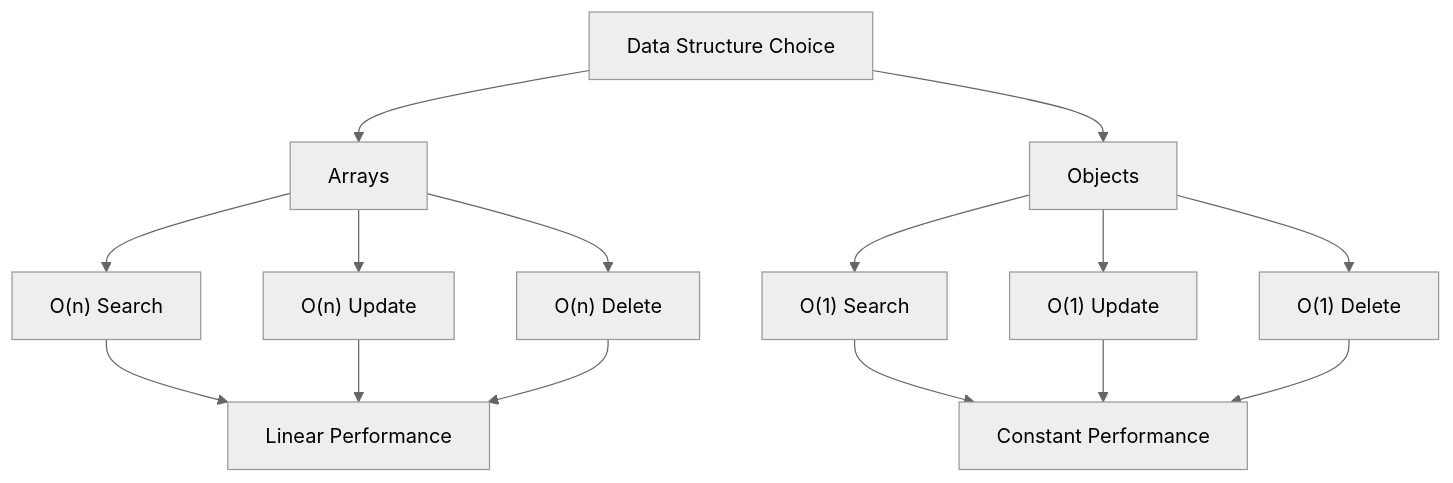
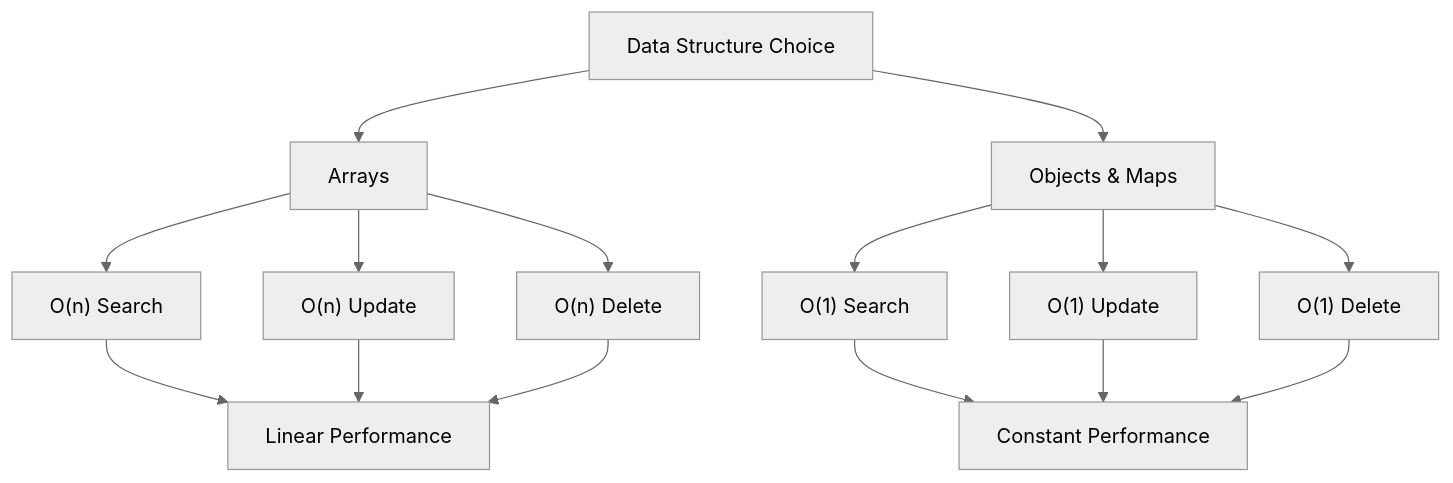
Before and after one commit to shapkarin/shapkarin.me: the diagram in public/api/articles/state-optimization-guide.md, drawn with Mermaid (neutral theme). The commit also changed other lines of this file and 1 other file, not shown here.

Commit message:
docs: add Hash Maps section to State Optimization article

````diff
--- a/public/api/articles/state-optimization-guide.md
+++ b/public/api/articles/state-optimization-guide.md
@@ -56,21 +56,21 @@
 ```mermaid
 graph TD
     A["Data Structure Choice"] --> B["Arrays"]
-    A --> C["Objects"]
+    A --> C["Objects & Maps"]
     
     B --> D["O(n) Search"]
     B --> E["O(n) Update"]
     B --> F["O(n) Delete"]
     
     C --> G["O(1) Search"]
     C --> H["O(1) Update"]
     C --> I["O(1) Delete"]
     
     D --> J["Linear Performance"]
     E --> J
     F --> J
     
     G --> K["Constant Performance"]
     H --> K
     I --> K
 ```
````
